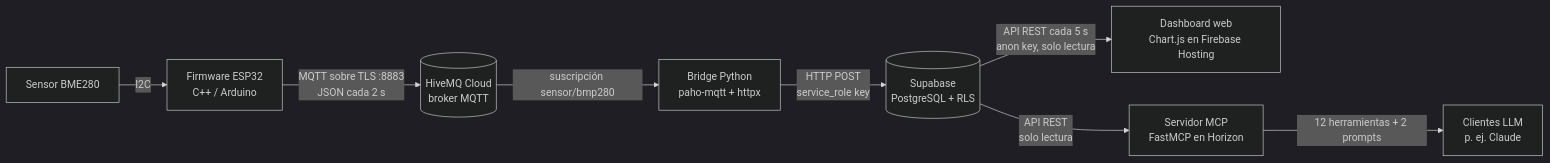
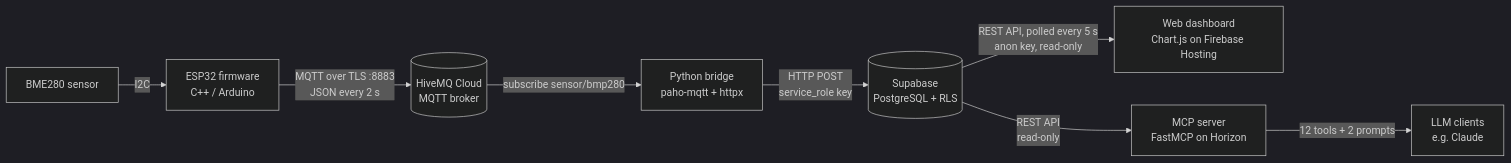
The diagram in README.md (marcomuoz56-dev/estacion-meteorologica-iot), drawn with Mermaid (dark theme) before and after one commit. The commit also changed other lines of this file, not shown here.

````diff
--- a/README.md
+++ b/README.md
@@ -16,10 +16,10 @@
 ```mermaid
 flowchart LR
-    S[Sensor BME280] -- I2C --> E[Firmware ESP32<br/>C++ / Arduino]
-    E -- "MQTT sobre TLS :8883<br/>JSON cada 2 s" --> B[(HiveMQ Cloud<br/>broker MQTT)]
-    B -- "suscripción sensor/bmp280" --> P[Bridge Python<br/>paho-mqtt + httpx]
+    S[BME280 sensor] -- I2C --> E[ESP32 firmware<br/>C++ / Arduino]
+    E -- "MQTT over TLS :8883<br/>JSON every 2 s" --> B[(HiveMQ Cloud<br/>MQTT broker)]
+    B -- "subscribe sensor/bmp280" --> P[Python bridge<br/>paho-mqtt + httpx]
     P -- "HTTP POST<br/>service_role key" --> DB[(Supabase<br/>PostgreSQL + RLS)]
-    DB -- "API REST cada 5 s<br/>anon key, solo lectura" --> D[Dashboard web<br/>Chart.js en Firebase Hosting]
-    DB -- "API REST<br/>solo lectura" --> M[Servidor MCP<br/>FastMCP en Horizon]
-    M -- "12 herramientas + 2 prompts" --> L[Clientes LLM<br/>p. ej. Claude]
+    DB -- "REST API, polled every 5 s<br/>anon key, read-only" --> D[Web dashboard<br/>Chart.js on Firebase Hosting]
+    DB -- "REST API<br/>read-only" --> M[MCP server<br/>FastMCP on Horizon]
+    M -- "12 tools + 2 prompts" --> L[LLM clients<br/>e.g. Claude]
 ```
````
